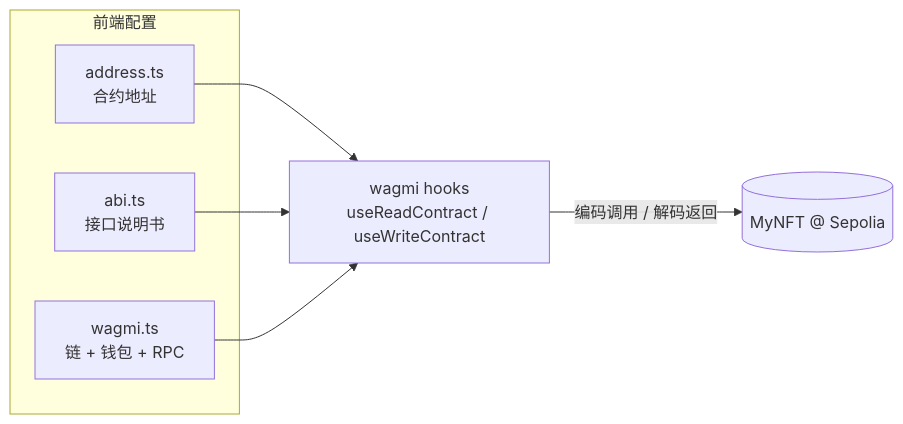
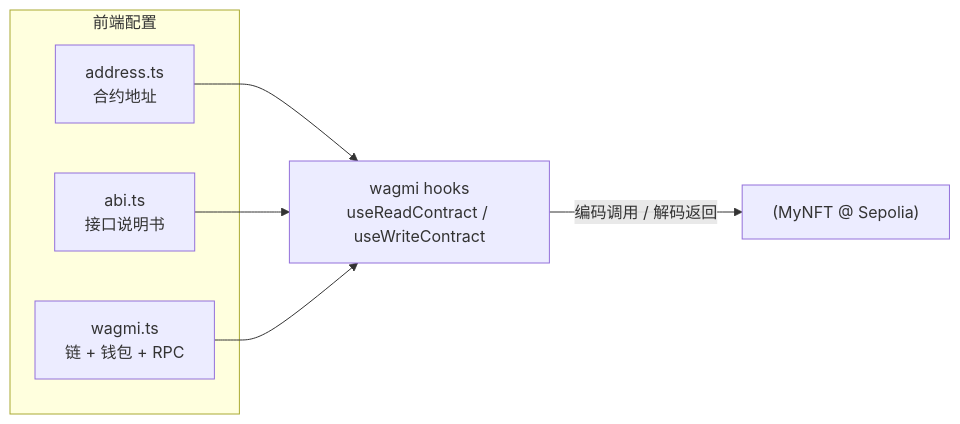
The diagram in 12-dapp-fullstack/06-frontend-setup/README.md (boyley/web3-learning), drawn with Mermaid before and after one commit. The commit also changed 71 other files, not shown here.

First line of the commit message:
fix: 全库修复 Mermaid 词法错误

````diff
--- a/12-dapp-fullstack/06-frontend-setup/README.md
+++ b/12-dapp-fullstack/06-frontend-setup/README.md
@@ -47,13 +47,13 @@
 ```mermaid
 flowchart LR
     subgraph 前端配置
-      ADDR[address.ts<br/>合约地址]
-      ABI[abi.ts<br/>接口说明书]
-      CFG[wagmi.ts<br/>链 + 钱包 + RPC]
+      ADDR["address.ts<br/>合约地址"]
+      ABI["abi.ts<br/>接口说明书"]
+      CFG["wagmi.ts<br/>链 + 钱包 + RPC"]
     end
-    HOOK[wagmi hooks<br/>useReadContract / useWriteContract]
+    HOOK["wagmi hooks<br/>useReadContract / useWriteContract"]
     ADDR --> HOOK
     ABI --> HOOK
     CFG --> HOOK
-    HOOK -->|编码调用 / 解码返回| CHAIN[(MyNFT @ Sepolia)]
+    HOOK -->|编码调用 / 解码返回| CHAIN["(MyNFT @ Sepolia)"]
 ```
````
